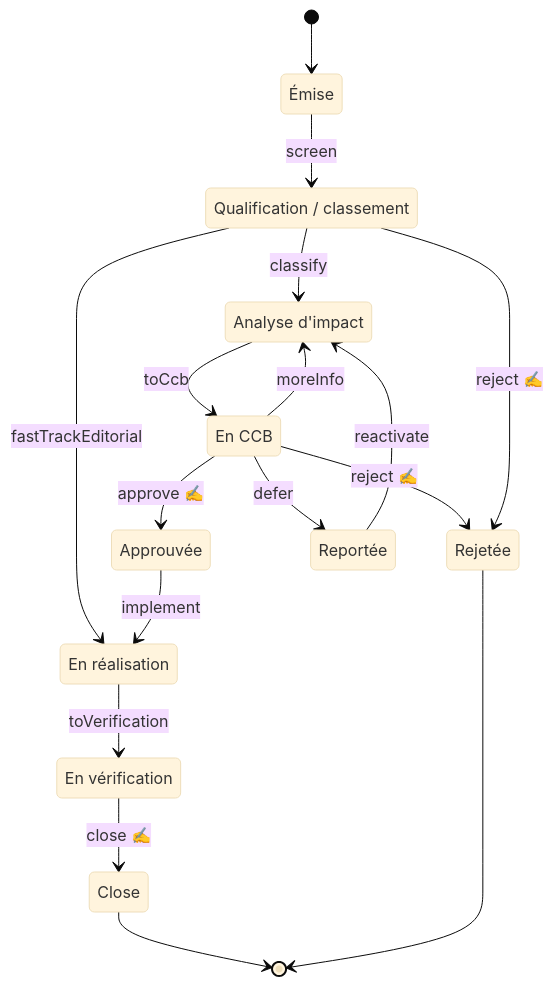
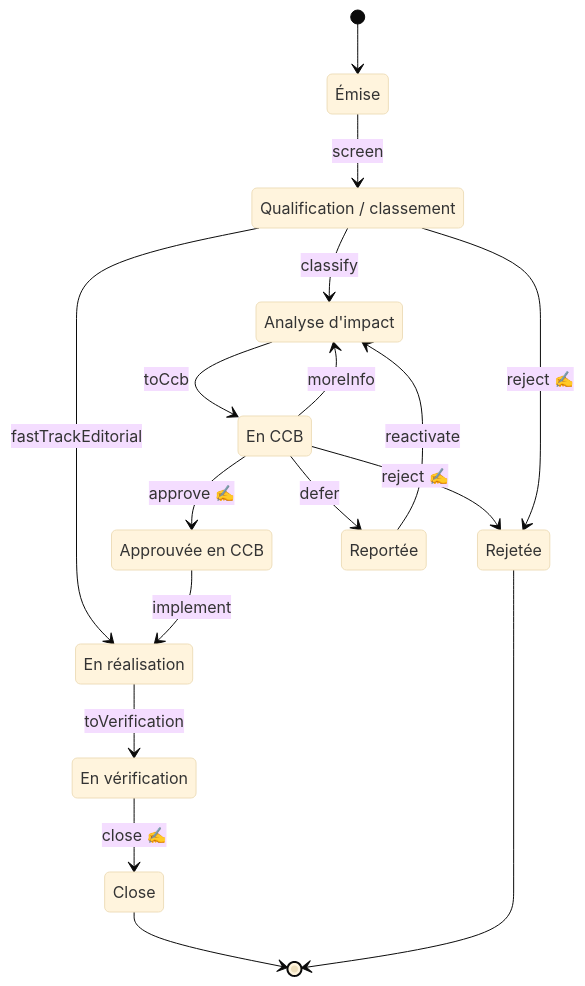
One commit to PapSee1/ALM_Datamodel changed diagram 14 of 27 in docs/generated/A4_workflows.md. Above: the diagram before and after it, drawn with Mermaid (base theme). The commit also changed other lines of this file and 273 other files, not shown here.

````diff
--- a/docs/generated/A4_workflows.md
+++ b/docs/generated/A4_workflows.md
@@ -475,29 +479,29 @@
 ```mermaid
 stateDiagram-v2
     [*] --> submitted
     submitted : Émise
     screening : Qualification / classement
     impactAnalysis : Analyse d'impact
     ccbReview : En CCB
-    approved : Approuvée
+    ccbApproved : Approuvée en CCB
     implementation : En réalisation
     verification : En vérification
     closed : Close
     rejected : Rejetée
     deferred : Reportée
     submitted --> screening : screen
     screening --> impactAnalysis : classify
     screening --> implementation : fastTrackEditorial
     impactAnalysis --> ccbReview : toCcb
-    ccbReview --> approved : approve ✍
+    ccbReview --> ccbApproved : approve ✍
     ccbReview --> rejected : reject ✍
     screening --> rejected : reject ✍
     ccbReview --> deferred : defer
     ccbReview --> impactAnalysis : moreInfo
-    approved --> implementation : implement
+    ccbApproved --> implementation : implement
     implementation --> verification : toVerification
     verification --> closed : close ✍
     deferred --> impactAnalysis : reactivate
     closed --> [*]
     rejected --> [*]
 ```
````
